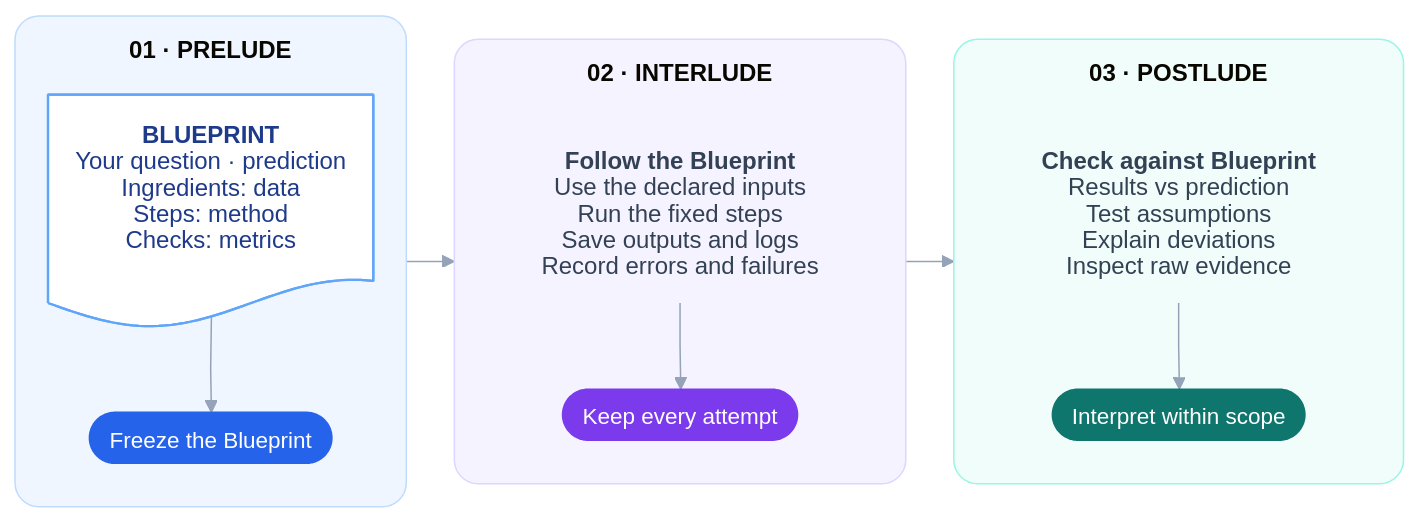
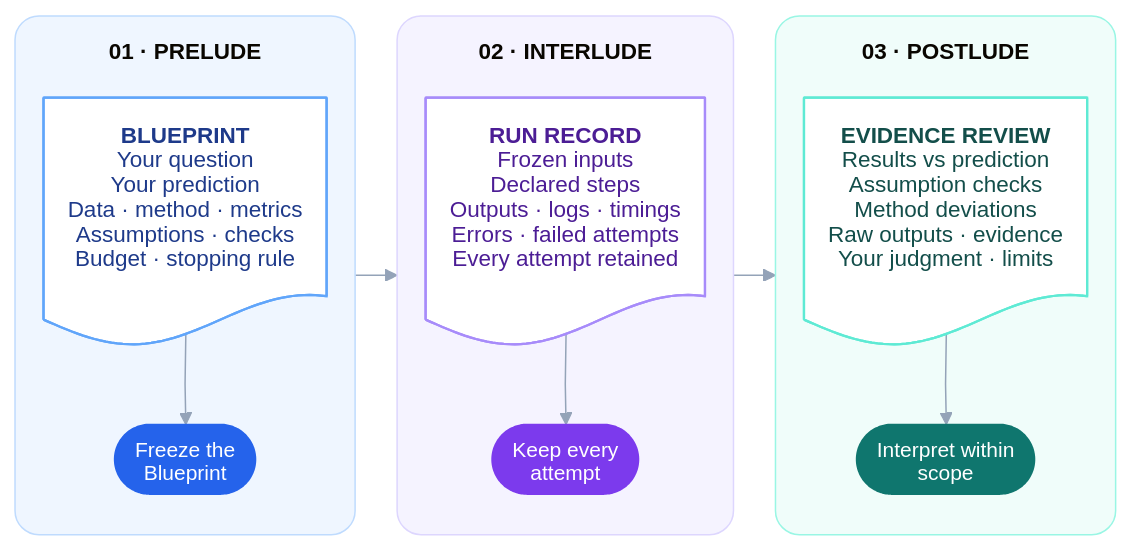
The diagram in README.md (MatteoLeonesi/omnilude), drawn with Mermaid before and after one commit.

Commit message:
docs: clarify and align the three-phase workflow

````diff
--- a/README.md
+++ b/README.md
@@ -11,70 +5,81 @@
 ```mermaid
 ---
 config:
   theme: base
   htmlLabels: false
+  markdownAutoWrap: false
   fontFamily: Arial
   themeVariables:
     fontFamily: Arial
-    fontSize: 16px
+    fontSize: 15px
     lineColor: '#94a3b8'
   flowchart:
     curve: linear
-    padding: 18
-    nodeSpacing: 24
-    rankSpacing: 32
+    padding: 16
+    nodeSpacing: 18
+    rankSpacing: 28
     subGraphTitleMargin:
-      top: 12
-      bottom: 12
+      top: 14
+      bottom: 14
 ---
 flowchart LR
     subgraph prelude["`**01 · PRELUDE**`"]
         direction TB
         blueprint["`**BLUEPRINT**
-        Your question · prediction
-        Ingredients: data
-        Steps: method
-        Checks: metrics`"]
+        Your question
+        Your prediction
+        Data · method · metrics
+        Assumptions · checks
+        Budget · stopping rule`"]
         blueprint@{ shape: doc }
-        freeze(["Freeze the Blueprint"])
+        freeze(["`Freeze the
+        Blueprint`"])
         blueprint --> freeze
     end
 
     subgraph interlude["`**02 · INTERLUDE**`"]
         direction TB
-        run["`**Follow the Blueprint**
-        Use the declared inputs
-        Run the fixed steps
-        Save outputs and logs
-        Record errors and failures`"]
-        retain(["Keep every attempt"])
-        run --> retain
+        record["`**RUN RECORD**
+        Frozen inputs
+        Declared steps
+        Outputs · logs · timings
+        Errors · failed attempts
+        Every attempt retained`"]
+        record@{ shape: doc }
+        retain(["`Keep every
+        attempt`"])
+        record --> retain
     end
 
     subgraph postlude["`**03 · POSTLUDE**`"]
         direction TB
-        review["`**Check against Blueprint**
+        evidence["`**EVIDENCE REVIEW**
         Results vs prediction
-        Test assumptions
-        Explain deviations
-        Inspect raw evidence`"]
-        interpret(["Interpret within scope"])
-        review --> interpret
+        Assumption checks
+        Method deviations
+        Raw outputs · evidence
+        Your judgment · limits`"]
+        evidence@{ shape: doc }
+        interpret(["`Interpret within
+        scope`"])
+        evidence --> interpret
     end
 
     prelude --> interlude --> postlude
 
-    classDef content fill:transparent,stroke:none,color:#334155,font-family:Arial,font-size:16px
-    classDef recipe fill:#ffffff,stroke:#60a5fa,stroke-width:1.5px,color:#1e3a8a,font-family:Arial,font-size:16px
-    classDef blue fill:#2563eb,stroke:none,color:#ffffff,font-family:Arial,font-size:15px
-    classDef violet fill:#7c3aed,stroke:none,color:#ffffff,font-family:Arial,font-size:15px
-    classDef teal fill:#0f766e,stroke:none,color:#ffffff,font-family:Arial,font-size:15px
-    class blueprint recipe
-    class run,review content
+    classDef bluePaper fill:#ffffff,stroke:#60a5fa,stroke-width:1.5px,color:#1e3a8a,font-family:Arial,font-size:15px
+    classDef violetPaper fill:#ffffff,stroke:#a78bfa,stroke-width:1.5px,color:#4c1d95,font-family:Arial,font-size:15px
+    classDef tealPaper fill:#ffffff,stroke:#5eead4,stroke-width:1.5px,color:#134e4a,font-family:Arial,font-size:15px
+    classDef blue fill:#2563eb,stroke:none,color:#ffffff,font-family:Arial,font-size:14px
+    classDef violet fill:#7c3aed,stroke:none,color:#ffffff,font-family:Arial,font-size:14px
+    classDef teal fill:#0f766e,stroke:none,color:#ffffff,font-family:Arial,font-size:14px
+    class blueprint bluePaper
+    class record violetPaper
+    class evidence tealPaper
     class freeze blue
     class retain violet
     class interpret teal
-    style prelude fill:#eff6ff,stroke:#bfdbfe,color:#1e40af,font-family:Arial,font-size:14px,font-weight:bold,rx:16,ry:16
-    style interlude fill:#f5f3ff,stroke:#ddd6fe,color:#5b21b6,font-family:Arial,font-size:14px,font-weight:bold,rx:16,ry:16
-    style postlude fill:#f0fdfa,stroke:#99f6e4,color:#115e59,font-family:Arial,font-size:14px,font-weight:bold,rx:16,ry:16
+    style prelude fill:#eff6ff,stroke:#bfdbfe,color:#1e40af,rx:16,ry:16
+    style interlude fill:#f5f3ff,stroke:#ddd6fe,color:#5b21b6,rx:16,ry:16
+    style postlude fill:#f0fdfa,stroke:#99f6e4,color:#115e59,rx:16,ry:16
 ```
````
